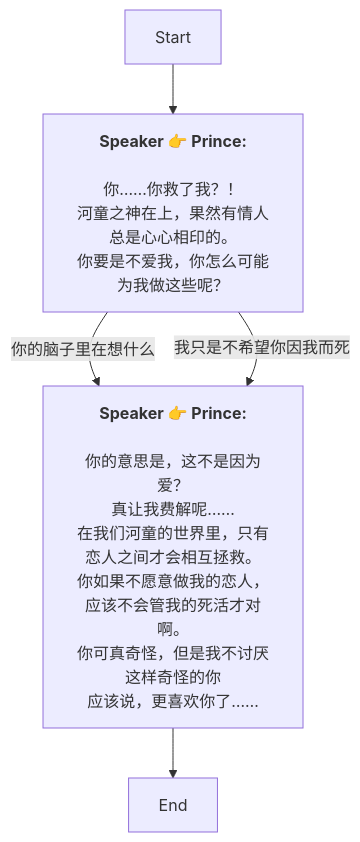
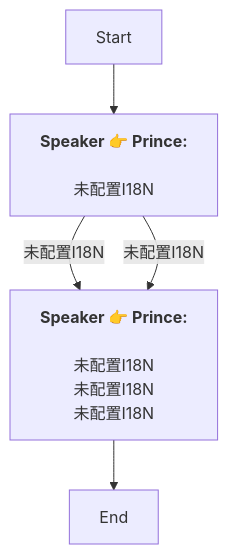
One commit to SoftHu/tos_avg changed the diagram in Zh/QuestStartTalkENode_1756592938019383.md. Above: the diagram before and after it, drawn with Mermaid. The commit also changed 730 other files, not shown here.

````diff
--- a/Zh/QuestStartTalkENode_1756592938019383.md
+++ b/Zh/QuestStartTalkENode_1756592938019383.md
@@ -1,19 +1,11 @@
 ```mermaid
 graph
 Start -->1756593012041274[<b>Speaker 👉 Prince:</b>
-\n你……你救了我？！
-河童之神在上，果然有情人总是心心相印的。
-你要是不爱我，你怎么可能为我做这些呢？]
-1756593012041274 -->|你的脑子里在想什么|1756593102916161[<b>Speaker 👉 Prince:</b>
-\n你的意思是，这不是因为爱？
-真让我费解呢……\n在我们河童的世界里，只有恋人之间才会相互拯救。
-你如果不愿意做我的恋人，应该不会管我的死活才对啊。\n你可真奇怪，但是我不讨厌这样奇怪的你
-应该说，更喜欢你了……]
-1756593012041274 -->|我只是不希望你因我而死|1756593102916161[<b>Speaker 👉 Prince:</b>
-\n你的意思是，这不是因为爱？
-真让我费解呢……\n在我们河童的世界里，只有恋人之间才会相互拯救。
-你如果不愿意做我的恋人，应该不会管我的死活才对啊。\n你可真奇怪，但是我不讨厌这样奇怪的你
-应该说，更喜欢你了……]
+\n未配置I18N]
+1756593012041274 -->|未配置I18N|1756593102916161[<b>Speaker 👉 Prince:</b>
+\n未配置I18N\n未配置I18N\n未配置I18N]
+1756593012041274 -->|未配置I18N|1756593102916161[<b>Speaker 👉 Prince:</b>
+\n未配置I18N\n未配置I18N\n未配置I18N]
 1756593102916161 -->1756593433360962[End]
 
 ```
````
